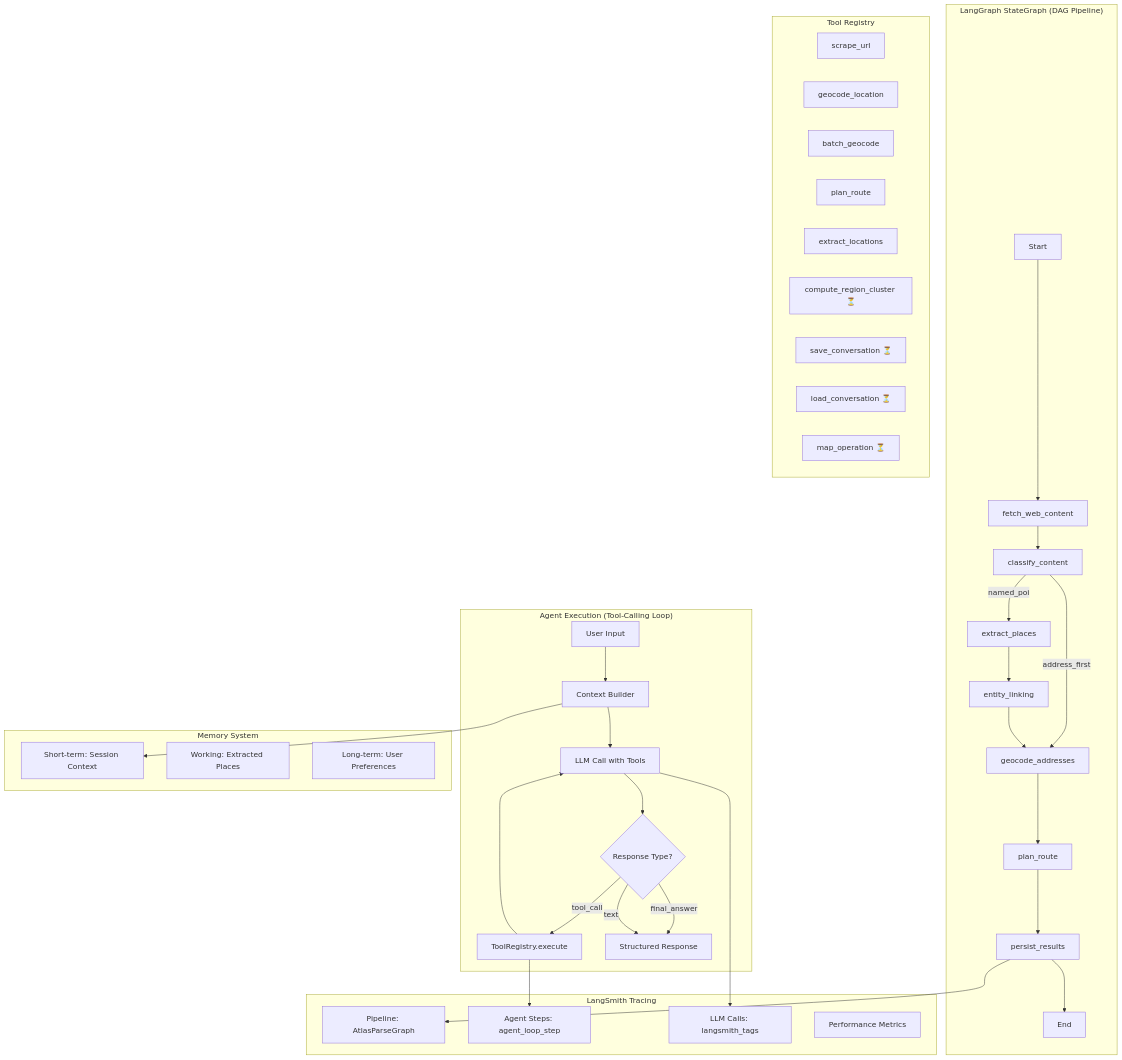
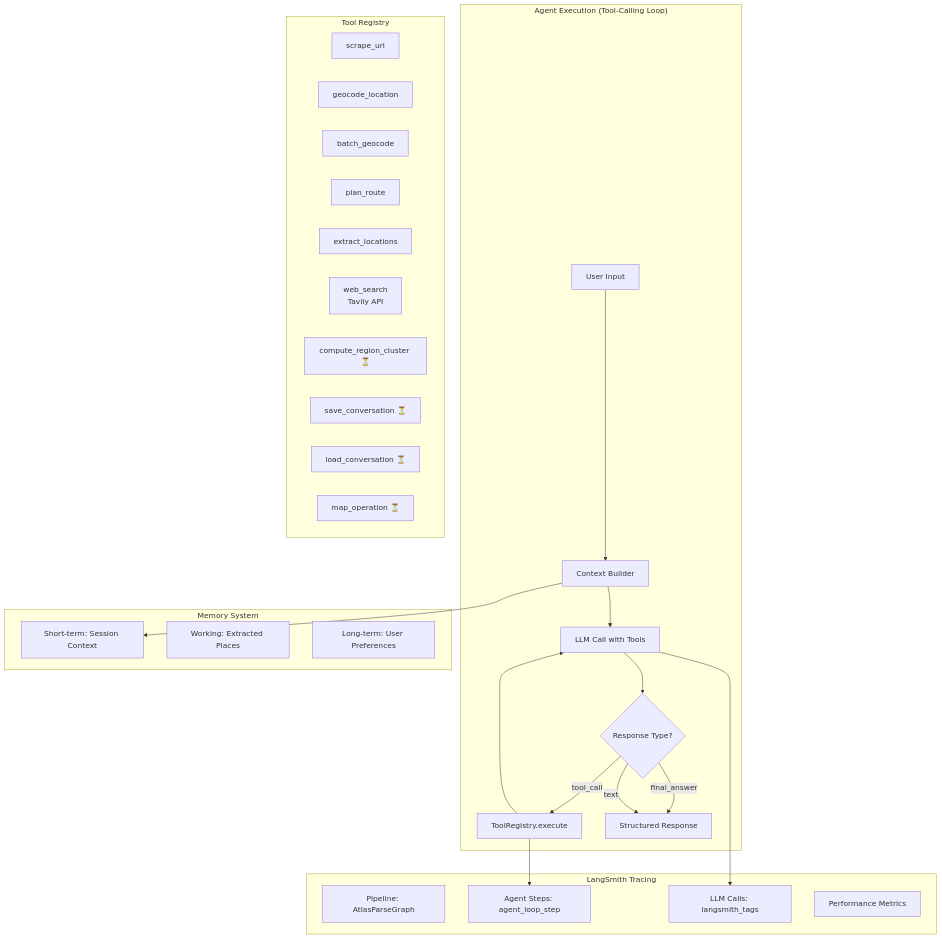
The second of 7 diagrams in README.md (zjwang168/atlas-mobile), drawn with Mermaid before and after one commit.

````diff
--- a/README.md
+++ b/README.md
@@ -104,54 +104,42 @@
 ```mermaid
 graph TD
-    subgraph "LangGraph StateGraph (DAG Pipeline)"
-        S[Start] --> F[fetch_web_content]
-        F --> C[classify_content]
-        C -->|address_first| G[geocode_addresses]
-        C -->|named_poi| E[extract_places]
-        E --> EL[entity_linking]
-        EL --> G
-        G --> R[plan_route]
-        R --> P[persist_results]
-        P --> END[End]
-    end
-
     subgraph "Agent Execution (Tool-Calling Loop)"
         UI[User Input] --> CB[Context Builder]
         CB --> LLM[LLM Call with Tools]
         LLM --> RT{Response Type?}
         RT -->|tool_call| TREQ[ToolRegistry.execute]
         TREQ --> LLM
         RT -->|final_answer| RESP[Structured Response]
         RT -->|text| RESP
     end
 
     subgraph "Tool Registry"
         T1[scrape_url]
         T2[geocode_location]
         T3[batch_geocode]
         T4[plan_route]
         T5[extract_locations]
-        T6[compute_region_cluster ⏳]
-        T7[save_conversation ⏳]
-        T8[load_conversation ⏳]
-        T9[map_operation ⏳]
+        T6[web_search<br/>Tavily API]
+        T7[compute_region_cluster ⏳]
+        T8[save_conversation ⏳]
+        T9[load_conversation ⏳]
+        T10[map_operation ⏳]
     end
 
     subgraph "Memory System"
         M1[Short-term: Session Context]
         M2[Working: Extracted Places]
         M3[Long-term: User Preferences]
     end
 
     subgraph "LangSmith Tracing"
         LS1[Pipeline: AtlasParseGraph]
         LS2[Agent Steps: agent_loop_step]
         LS3[LLM Calls: langsmith_tags]
         LS4[Performance Metrics]
     end
 
     CB --> M1
     LLM --> LS3
     TREQ --> LS2
-    P --> LS1
 ```
````
